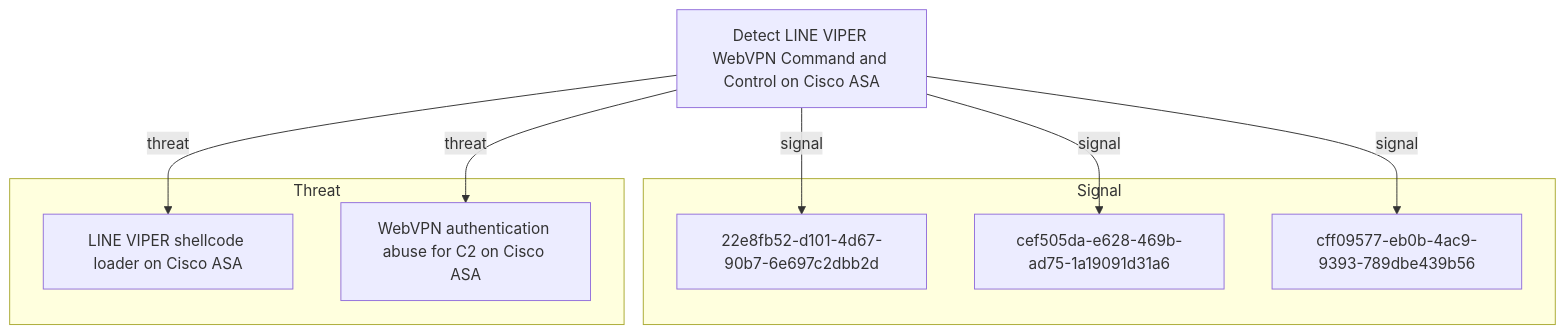
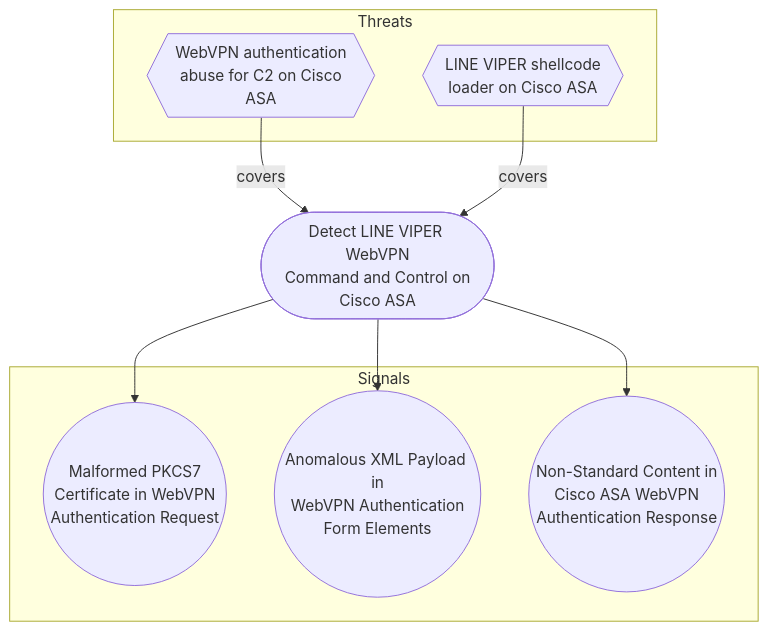
One commit to opentidehq/library changed the diagram in docs/objectives/detect-line-viper-webvpn-command-and-control-on-cisco-asa.md. Above: the diagram before and after it, drawn with Mermaid. The commit also changed other lines of this file and 540 other files, not shown here.

````diff
--- a/docs/objectives/detect-line-viper-webvpn-command-and-control-on-cisco-asa.md
+++ b/docs/objectives/detect-line-viper-webvpn-command-and-control-on-cisco-asa.md
@@ -228,18 +229,18 @@
 ```mermaid
 flowchart TB
-subgraph "Signal"
-22e8fb52_d101_4d67_90b7_6e697c2dbb2d["22e8fb52-d101-4d67-90b7-6e697c2dbb2d"]
-cef505da_e628_469b_ad75_1a19091d31a6["cef505da-e628-469b-ad75-1a19091d31a6"]
-cff09577_eb0b_4ac9_9393_789dbe439b56["cff09577-eb0b-4ac9-9393-789dbe439b56"]
+subgraph "Threats"
+fcc552fb_b4d1_4b47_b366_104ec4d806ef{{"WebVPN authentication<br>abuse for C2 on Cisco<br>ASA"}}
+b6175f16_2b61_4116_bd97_de54b02b197e{{"LINE VIPER shellcode<br>loader on Cisco ASA"}}
 end
-subgraph "Threat"
-b6175f16_2b61_4116_bd97_de54b02b197e["LINE VIPER shellcode loader on Cisco ASA"]
-fcc552fb_b4d1_4b47_b366_104ec4d806ef["WebVPN authentication abuse for C2 on Cisco ASA"]
+subgraph "Signals"
+22e8fb52_d101_4d67_90b7_6e697c2dbb2d(("Malformed PKCS7<br>Certificate in WebVPN<br>Authentication Request"))
+cff09577_eb0b_4ac9_9393_789dbe439b56(("Anomalous XML Payload in<br>WebVPN Authentication<br>Form Elements"))
+cef505da_e628_469b_ad75_1a19091d31a6(("Non-Standard Content in<br>Cisco ASA WebVPN<br>Authentication Response"))
 end
-8546b0d8_c9e1_4a51_bf64_2b93c4159ebf["Detect LINE VIPER WebVPN Command and Control on Cisco ASA"]
-8546b0d8_c9e1_4a51_bf64_2b93c4159ebf -->|signal| 22e8fb52_d101_4d67_90b7_6e697c2dbb2d
-8546b0d8_c9e1_4a51_bf64_2b93c4159ebf -->|signal| cef505da_e628_469b_ad75_1a19091d31a6
-8546b0d8_c9e1_4a51_bf64_2b93c4159ebf -->|signal| cff09577_eb0b_4ac9_9393_789dbe439b56
-8546b0d8_c9e1_4a51_bf64_2b93c4159ebf -->|threat| b6175f16_2b61_4116_bd97_de54b02b197e
-8546b0d8_c9e1_4a51_bf64_2b93c4159ebf -->|threat| fcc552fb_b4d1_4b47_b366_104ec4d806ef
+8546b0d8_c9e1_4a51_bf64_2b93c4159ebf(["Detect LINE VIPER WebVPN<br>Command and Control on<br>Cisco ASA"])
+fcc552fb_b4d1_4b47_b366_104ec4d806ef -->|covers| 8546b0d8_c9e1_4a51_bf64_2b93c4159ebf
+b6175f16_2b61_4116_bd97_de54b02b197e -->|covers| 8546b0d8_c9e1_4a51_bf64_2b93c4159ebf
+8546b0d8_c9e1_4a51_bf64_2b93c4159ebf --> 22e8fb52_d101_4d67_90b7_6e697c2dbb2d
+8546b0d8_c9e1_4a51_bf64_2b93c4159ebf --> cff09577_eb0b_4ac9_9393_789dbe439b56
+8546b0d8_c9e1_4a51_bf64_2b93c4159ebf --> cef505da_e628_469b_ad75_1a19091d31a6
 ```
````
